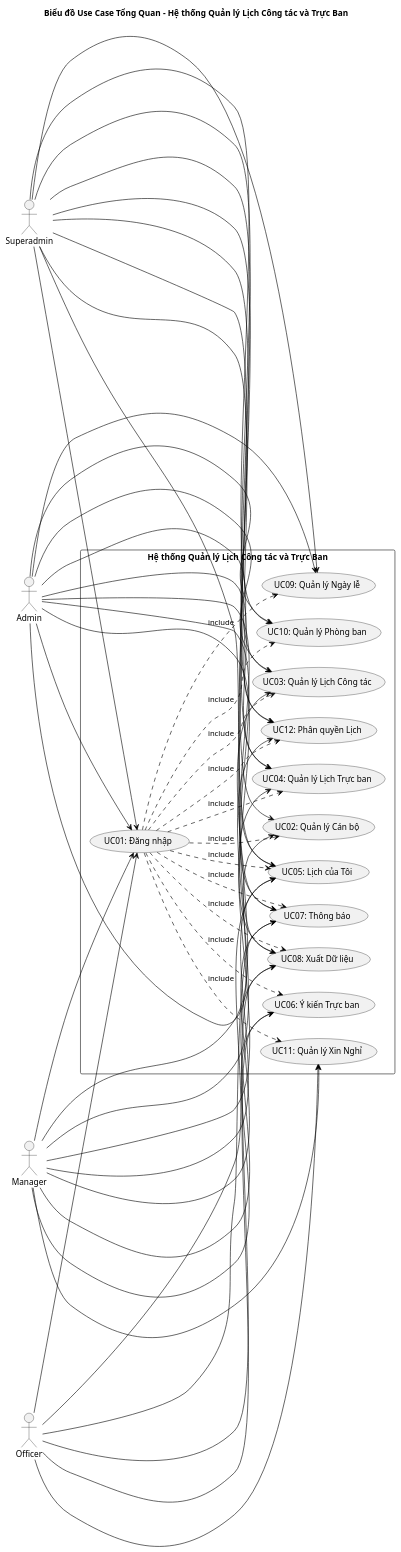
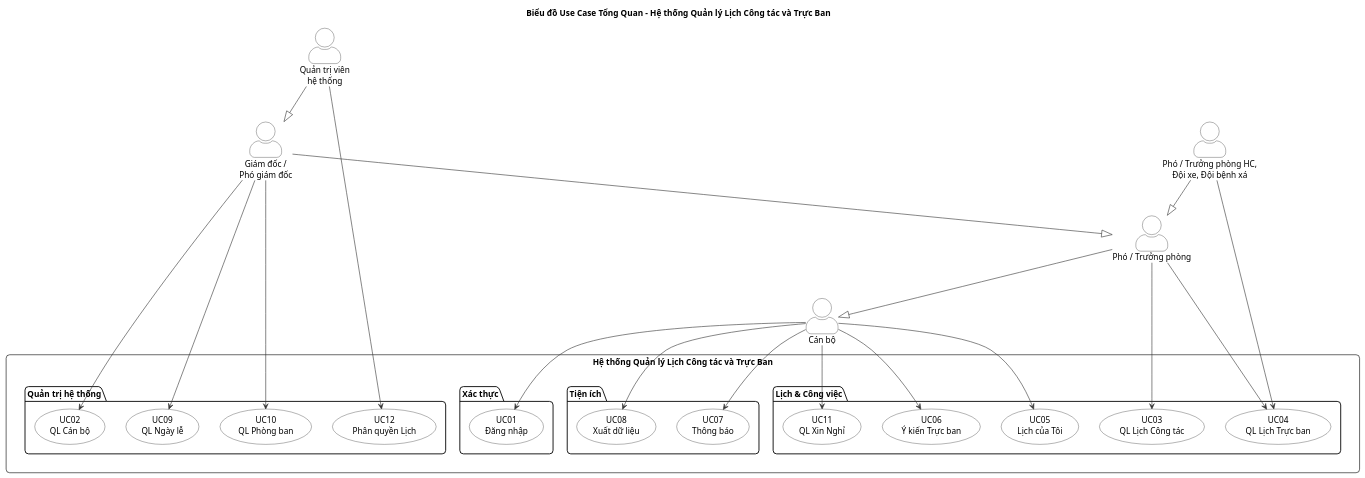
One commit to BQBao-Hedspi4K67/webxeplich changed the first of 8 diagrams in report/usecase.puml. Above: the diagram before and after it, drawn with PlantUML. The commit also changed other lines of this file and 10 other files, not shown here.

```diff
--- a/report/usecase.puml
+++ b/report/usecase.puml
@@ -1,83 +1,87 @@
 @startuml usecase_overview
 title Biểu đồ Use Case Tổng Quan - Hệ thống Quản lý Lịch Công tác và Trực Ban
 
 skinparam backgroundColor white
+skinparam shadowing false
+skinparam roundcorner 12
+
+skinparam actorStyle awesome
+skinparam actorBorderColor black
+skinparam actorBackgroundColor white
+
 skinparam usecaseBorderColor black
-skinparam actorBorderColor black
-skinparam ArrowColor black
+skinparam usecaseBackgroundColor white
+skinparam ArrowColor #333333
+
+skinparam packageBorderColor black
+skinparam packageBackgroundColor white
+
 skinparam defaultTextAlignment center
-skinparam fontSize 11
+skinparam fontSize 13
 
-left to right direction
+top to bottom direction
 
-actor "Superadmin" as superadmin
-actor "Admin" as admin
-actor "Manager" as manager
-actor "Officer" as officer
+' ================= Actors =================
+actor "Cán bộ" as officer
+actor "Phó / Trưởng phòng" as manager
+actor "Giám đốc /\nPhó giám đốc" as admin
+actor "Quản trị viên\nhệ thống" as superadmin
+actor "Phó / Trưởng phòng HC,\nĐội xe, Đội bệnh xá" as dutyMgr
+
+' ===== Hierarchy =====
+manager --|> officer
+admin --|> manager
+superadmin --|> admin
+dutyMgr --|> manager
 
 rectangle "Hệ thống Quản lý Lịch Công tác và Trực Ban" {
-    usecase "UC01: Đăng nhập" as UC01
-    usecase "UC02: Quản lý Cán bộ" as UC02
-    usecase "UC03: Quản lý Lịch Công tác" as UC03
-    usecase "UC04: Quản lý Lịch Trực ban" as UC04
-    usecase "UC05: Lịch của Tôi" as UC05
-    usecase "UC06: Ý kiến Trực ban" as UC06
-    usecase "UC07: Thông báo" as UC07
-    usecase "UC08: Xuất Dữ liệu" as UC08
-    usecase "UC09: Quản lý Ngày lễ" as UC09
-    usecase "UC10: Quản lý Phòng ban" as UC10
-    usecase "UC11: Quản lý Xin Nghỉ" as UC11
-    usecase "UC12: Phân quyền Lịch" as UC12
+
+    together {
+
+        package "Xác thực" {
+            usecase "UC01\nĐăng nhập" as UC01
+        }
+
+        package "Lịch & Công việc" {
+            usecase "UC03\nQL Lịch Công tác" as UC03
+            usecase "UC04\nQL Lịch Trực ban" as UC04
+            usecase "UC05\nLịch của Tôi" as UC05
+            usecase "UC06\nÝ kiến Trực ban" as UC06
+            usecase "UC11\nQL Xin Nghỉ" as UC11
+        }
+
+        package "Quản trị hệ thống" {
+            usecase "UC02\nQL Cán bộ" as UC02
+            usecase "UC09\nQL Ngày lễ" as UC09
+            usecase "UC10\nQL Phòng ban" as UC10
+            usecase "UC12\nPhân quyền Lịch" as UC12
+        }
+
+        package "Tiện ích" {
+            usecase "UC07\nThông báo" as UC07
+            usecase "UC08\nXuất dữ liệu" as UC08
+        }
+    }
 }
 
-superadmin --> UC01
-superadmin --> UC02
-superadmin --> UC03
-superadmin --> UC04
-superadmin --> UC05
-superadmin --> UC07
-superadmin --> UC08
-superadmin --> UC09
-superadmin --> UC10
-superadmin --> UC12
-
-admin --> UC01
-admin --> UC02
-admin --> UC03
-admin --> UC04
-admin --> UC05
-admin --> UC07
-admin --> UC08
-admin --> UC09
-admin --> UC10
-admin --> UC12
-
-manager --> UC01
-manager --> UC03
-manager --> UC04
-manager --> UC05
-manager --> UC06
-manager --> UC07
-manager --> UC08
-manager --> UC11
-manager --> UC12
+' ================= Connections =================
 
 officer --> UC01
 officer --> UC05
 officer --> UC06
 officer --> UC07
 officer --> UC08
 officer --> UC11
 
-UC01 ..> UC02 : include
-UC01 ..> UC03 : include
-UC01 ..> UC04 : include
-UC01 ..> UC05 : include
-UC01 ..> UC06 : include
-UC01 ..> UC07 : include
-UC01 ..> UC08 : include
-UC01 ..> UC09 : include
-UC01 ..> UC10 : include
-UC01 ..> UC11 : include
-UC01 ..> UC12 : include
+manager --> UC03
+manager --> UC04
+
+admin --> UC02
+admin --> UC09
+admin --> UC10
+
+superadmin --> UC12
+
+dutyMgr --> UC04
+
 @enduml
```
